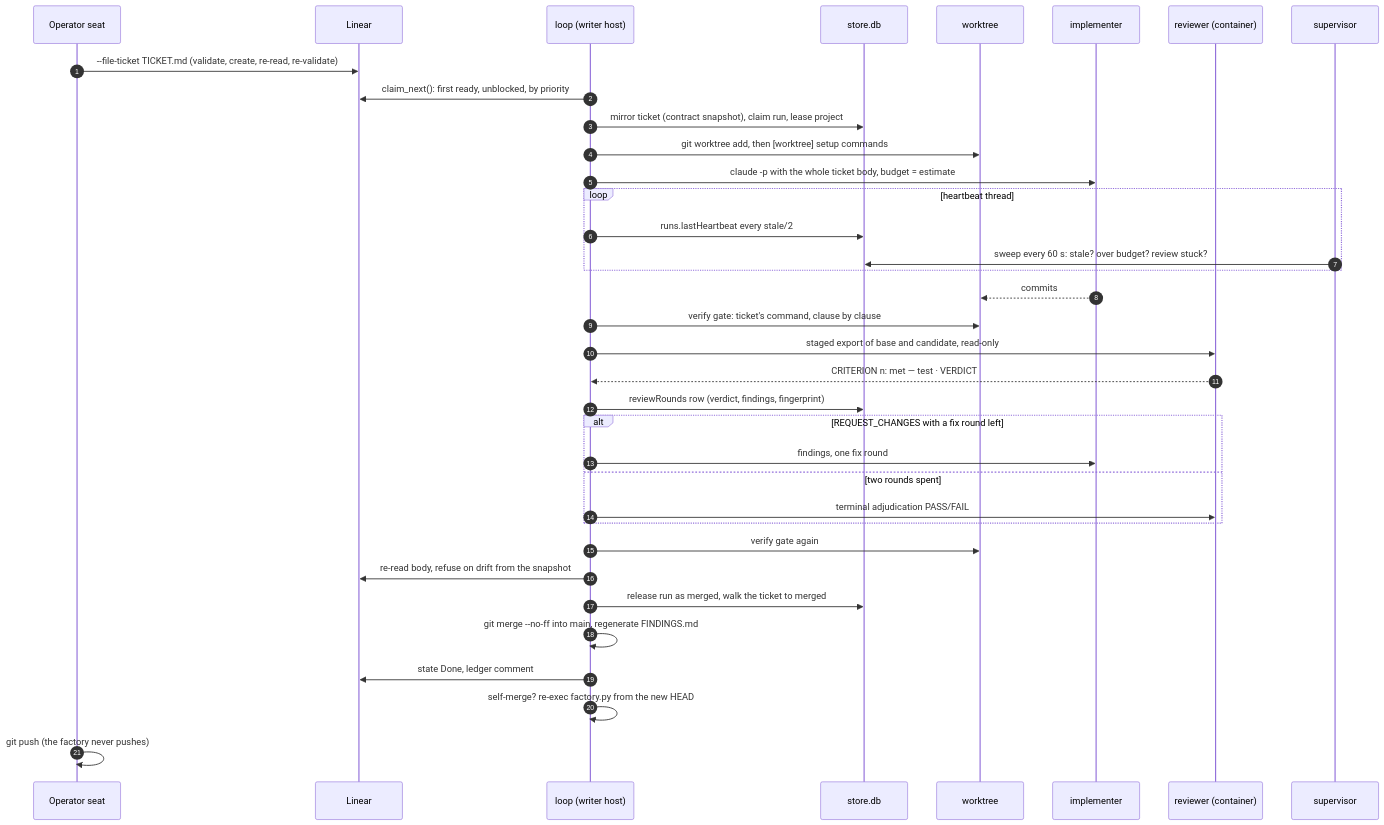
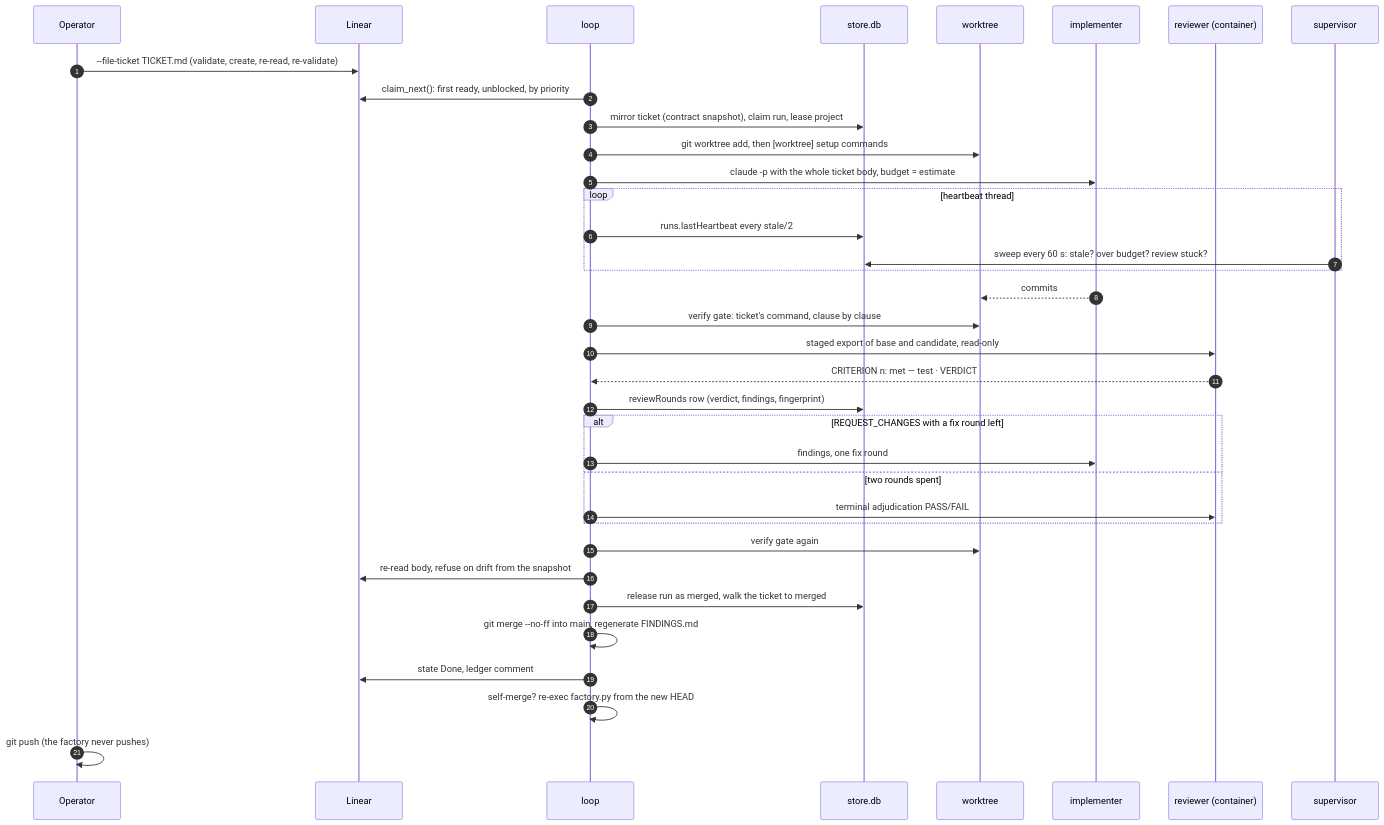
The diagram in docs/architecture/lifecycle.md (wevial/holophyte), drawn with Mermaid before and after one commit. The commit also changed other lines of this file and 12 other files, not shown here.

````diff
--- a/docs/architecture/lifecycle.md
+++ b/docs/architecture/lifecycle.md
@@ -8,38 +8,38 @@
 ```mermaid
 sequenceDiagram
   autonumber
-  participant Op as Operator seat
+  participant Op as Operator
   participant Lin as Linear
-  participant Fac as loop (writer host)
+  participant Fac as loop
   participant Store as store.db
   participant WT as worktree
   participant Imp as implementer
   participant Rev as reviewer (container)
   participant Sup as supervisor
   Op->>Lin: --file-ticket TICKET.md (validate, create, re-read, re-validate)
   Fac->>Lin: claim_next(): first ready, unblocked, by priority
   Fac->>Store: mirror ticket (contract snapshot), claim run, lease project
   Fac->>WT: git worktree add, then [worktree] setup commands
   Fac->>Imp: claude -p with the whole ticket body, budget = estimate
   loop heartbeat thread
     Fac->>Store: runs.lastHeartbeat every stale/2
     Sup->>Store: sweep every 60 s: stale? over budget? review stuck?
   end
   Imp-->>WT: commits
   Fac->>WT: verify gate: ticket's command, clause by clause
   Fac->>Rev: staged export of base and candidate, read-only
   Rev-->>Fac: CRITERION n: met — test  ·  VERDICT
   Fac->>Store: reviewRounds row (verdict, findings, fingerprint)
   alt REQUEST_CHANGES with a fix round left
     Fac->>Imp: findings, one fix round
   else two rounds spent
     Fac->>Rev: terminal adjudication PASS/FAIL
   end
   Fac->>WT: verify gate again
   Fac->>Lin: re-read body, refuse on drift from the snapshot
   Fac->>Store: release run as merged, walk the ticket to merged
   Fac->>Fac: git merge --no-ff into main, regenerate FINDINGS.md
   Fac->>Lin: state Done, ledger comment
   Fac->>Fac: self-merge? re-exec factory.py from the new HEAD
   Op->>Op: git push (the factory never pushes)
 ```
````
